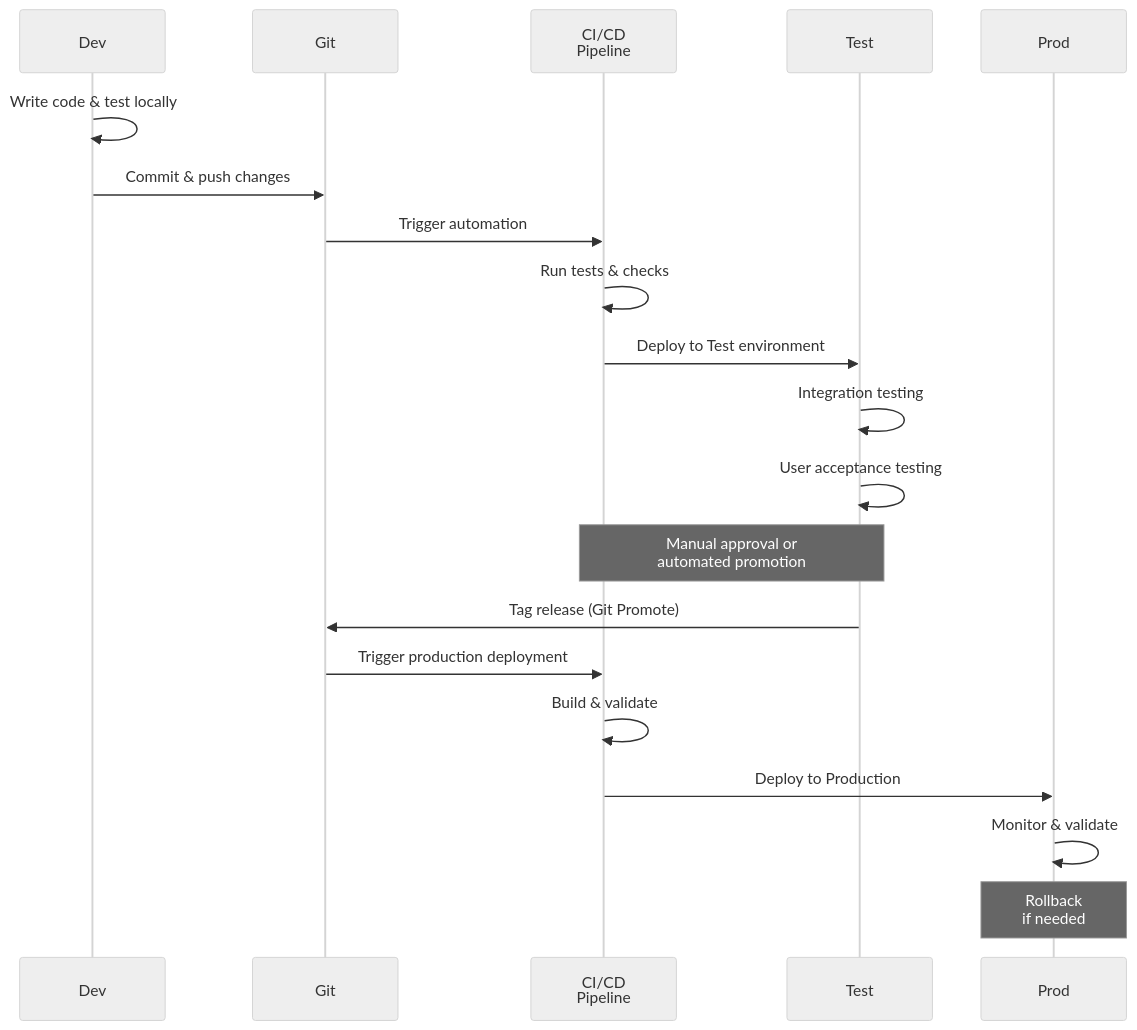
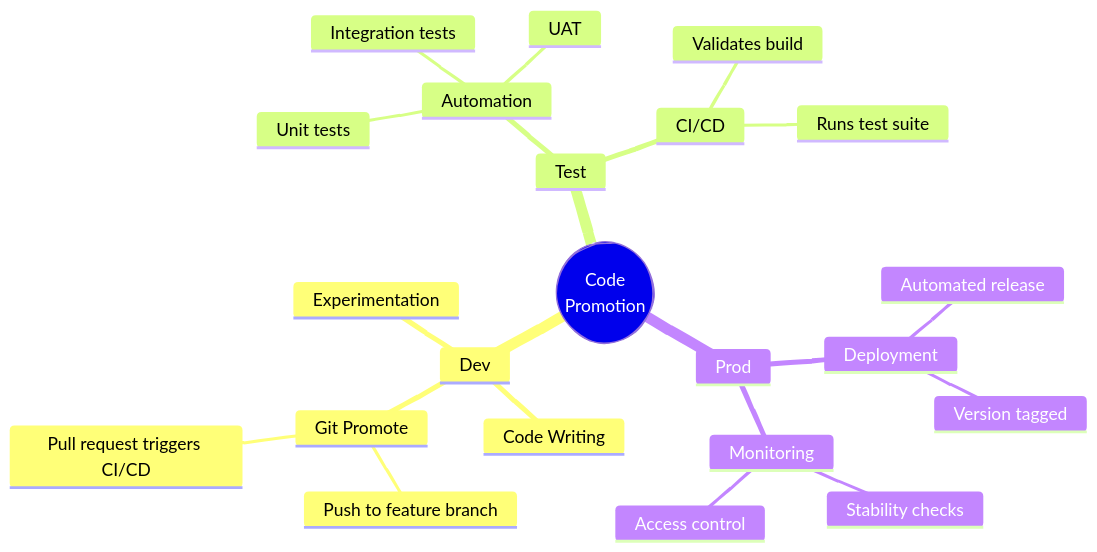
The first of 5 diagrams in lab5.qmd (mjfrigaard/do4ds-labs), drawn with Mermaid before and after one commit. The commit also changed other lines of this file and 5 other files, not shown here.

````diff
--- a/lab5.qmd
+++ b/lab5.qmd
@@ -83,32 +53,30 @@
 ```{mermaid}
 %%| fig-cap: 'Data Science Environments'
 %%| fig-width: 7.0
 %%| fig-align: center
-%%{init: {'theme': 'neutral', 'look': 'handDrawn', 'themeVariables': { 'fontFamily': 'monospace', "fontSize":"18px"}}}%%
+%%{init: {'look': 'handDrawn', 'themeVariables': { 'fontFamily': 'monospace', "fontSize":"18px"}}}%%
+mindmap
+  root((Code<br>Promotion))
+    Dev
+      Code Writing
+      Experimentation
+      Git Promote
+        Push to feature branch
+        Pull request triggers CI/CD
+    Test
+      Automation
+        Unit tests
+        Integration tests
+        UAT
+      CI/CD
+        Validates build
+        Runs test suite
+    Prod
+      Deployment
+        Automated release
+        Version tagged
+      Monitoring
+        Stability checks
+        Access control
 
-
-sequenceDiagram
-    participant Dev as Dev
-    participant Git as Git
-    participant CI as CI/CD<br>Pipeline
-    participant Test as Test
-    participant Prod as Prod
-    
-    Dev->>Dev: Write code & test locally
-    Dev->>Git: Commit & push changes
-    Git->>CI: Trigger automation
-    CI->>CI: Run tests & checks
-    CI->>Test: Deploy to Test environment
-    Test->>Test: Integration testing
-    Test->>Test: User acceptance testing
-    
-    Note over Test,CI: Manual approval or<br/>automated promotion
-    
-    Test->>Git: Tag release (Git Promote)
-    Git->>CI: Trigger production deployment
-    CI->>CI: Build & validate
-    CI->>Prod: Deploy to Production
-    Prod->>Prod: Monitor & validate
-    
-    Note over Prod: Rollback<br>if needed
 ```
````
